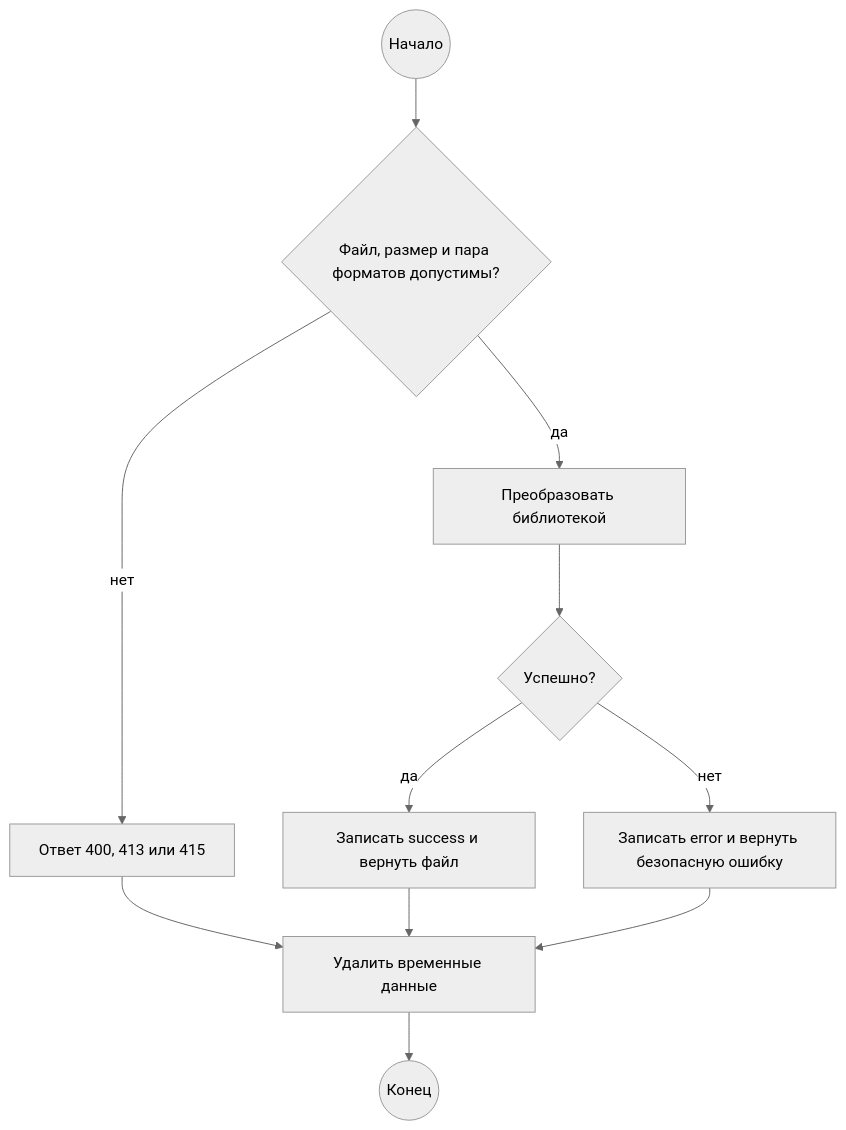
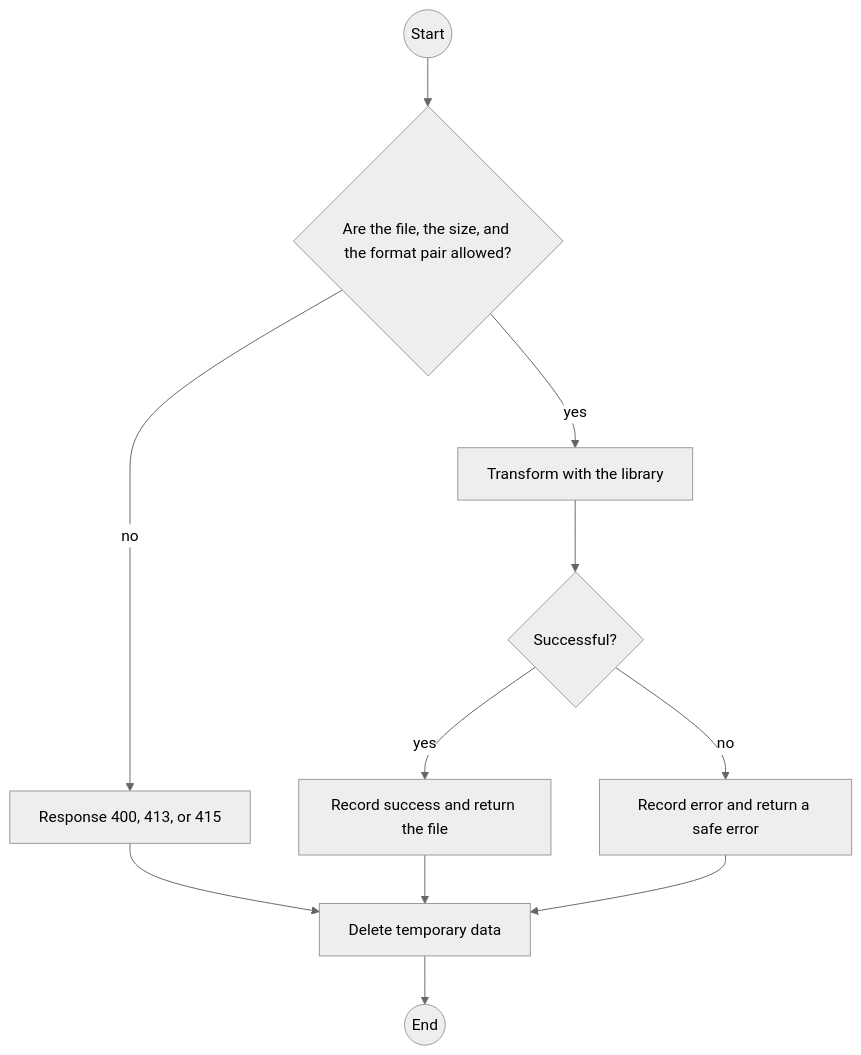
The sixth of 8 diagrams in courses-content/backend/A/1/en/0.2 UML-диаграммы.md (pavel-skripko-innowise/inno-fe-be-a1), drawn with Mermaid (neutral theme) before and after one commit. The commit also changed other lines of this file and 35 other files, not shown here.

````diff
--- a/courses-content/backend/A/1/en/0.2 UML-диаграммы.md
+++ b/courses-content/backend/A/1/en/0.2 UML-диаграммы.md
@@ -223,13 +223,13 @@
 ```mermaid
 flowchart TD
-  Start((Начало)) --> Check{Файл, размер и пара форматов допустимы?}
-  Check -- нет --> Reject[Ответ 400, 413 или 415]
-  Check -- да --> Run[Преобразовать библиотекой]
-  Run --> Ok{Успешно?}
-  Ok -- да --> Success[Записать success и вернуть файл]
-  Ok -- нет --> Failure[Записать error и вернуть безопасную ошибку]
-  Reject --> Clean[Удалить временные данные]
+  Start((Start)) --> Check{"Are the file, the size, and the format pair allowed?"}
+  Check -- no --> Reject["Response 400, 413, or 415"]
+  Check -- yes --> Run[Transform with the library]
+  Run --> Ok{Successful?}
+  Ok -- yes --> Success[Record success and return the file]
+  Ok -- no --> Failure[Record error and return a safe error]
+  Reject --> Clean[Delete temporary data]
   Success --> Clean
   Failure --> Clean
-  Clean --> Stop((Конец))
+  Clean --> Stop((End))
 ```
````
